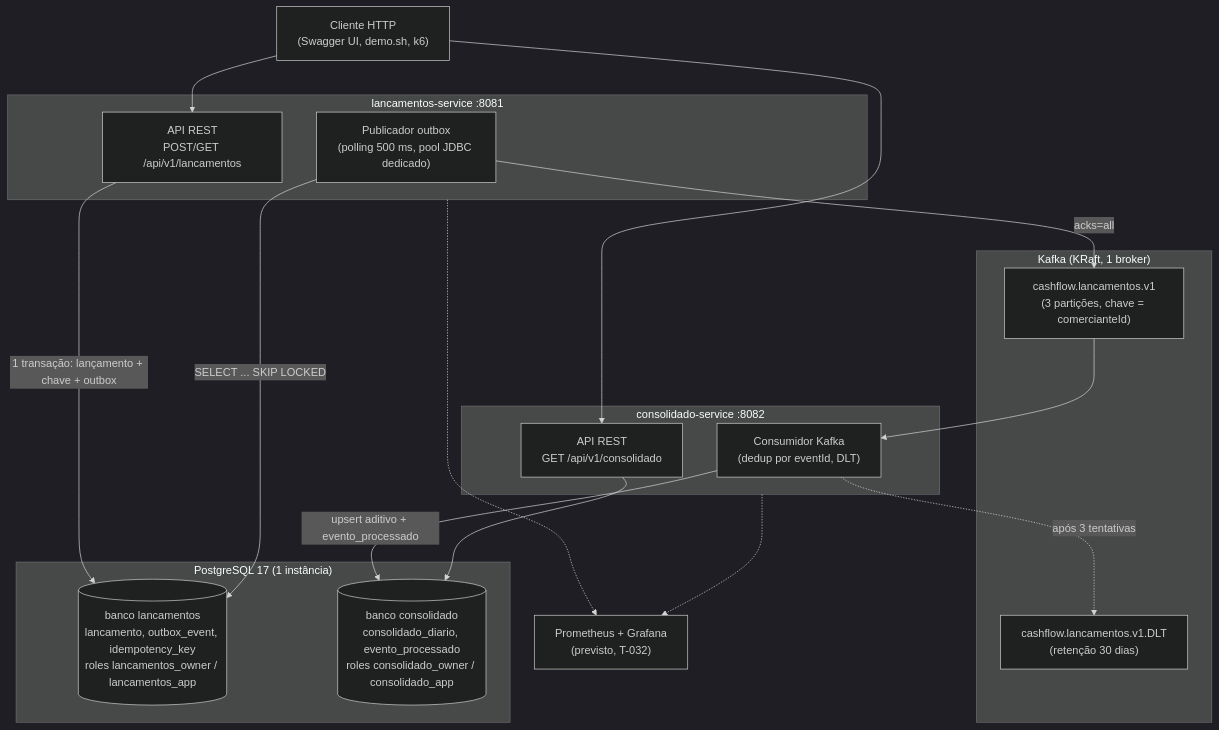
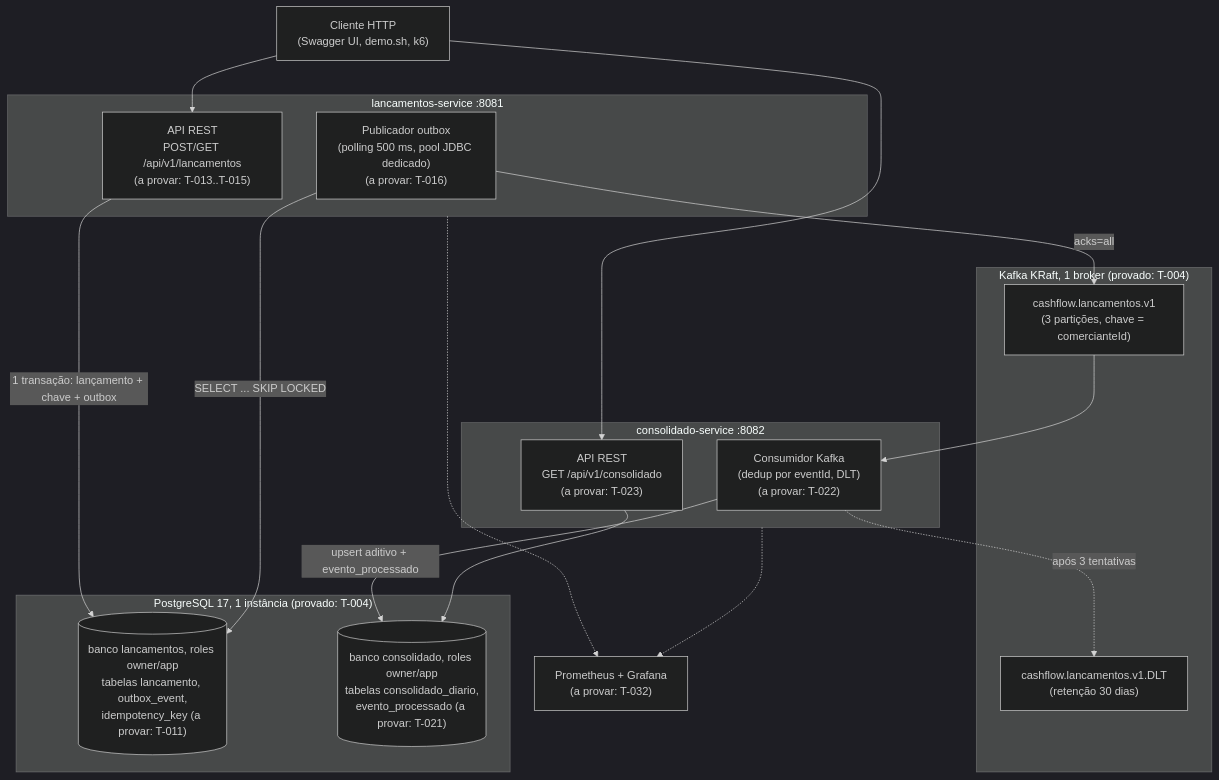
One commit to VictorLeaSilva/cashflow-platform changed the second of 4 diagrams in docs/architecture/architecture.md. Above: the diagram before and after it, drawn with Mermaid (dark theme). The commit also changed other lines of this file and 8 other files, not shown here.

````diff
--- a/docs/architecture/architecture.md
+++ b/docs/architecture/architecture.md
@@ -68,38 +74,38 @@
 ```mermaid
 flowchart TB
     cli["Cliente HTTP<br/>(Swagger UI, demo.sh, k6)"]
 
     subgraph L["lancamentos-service :8081"]
-      lapi["API REST<br/>POST/GET /api/v1/lancamentos"]
-      lpub["Publicador outbox<br/>(polling 500 ms, pool JDBC dedicado)"]
+      lapi["API REST<br/>POST/GET /api/v1/lancamentos<br/>(a provar: T-013..T-015)"]
+      lpub["Publicador outbox<br/>(polling 500 ms, pool JDBC dedicado)<br/>(a provar: T-016)"]
     end
 
     subgraph C["consolidado-service :8082"]
-      capi["API REST<br/>GET /api/v1/consolidado"]
-      ccons["Consumidor Kafka<br/>(dedup por eventId, DLT)"]
+      capi["API REST<br/>GET /api/v1/consolidado<br/>(a provar: T-023)"]
+      ccons["Consumidor Kafka<br/>(dedup por eventId, DLT)<br/>(a provar: T-022)"]
     end
 
-    subgraph PG["PostgreSQL 17 (1 instância)"]
-      dbl[("banco lancamentos<br/>lancamento, outbox_event, idempotency_key<br/>roles lancamentos_owner / lancamentos_app")]
-      dbc[("banco consolidado<br/>consolidado_diario, evento_processado<br/>roles consolidado_owner / consolidado_app")]
+    subgraph PG["PostgreSQL 17, 1 instância (provado: T-004)"]
+      dbl[("banco lancamentos, roles owner/app<br/>tabelas lancamento, outbox_event,<br/>idempotency_key (a provar: T-011)")]
+      dbc[("banco consolidado, roles owner/app<br/>tabelas consolidado_diario,<br/>evento_processado (a provar: T-021)")]
     end
 
-    subgraph K["Kafka (KRaft, 1 broker)"]
+    subgraph K["Kafka KRaft, 1 broker (provado: T-004)"]
       t["cashflow.lancamentos.v1<br/>(3 partições, chave = comercianteId)"]
       dlt["cashflow.lancamentos.v1.DLT<br/>(retenção 30 dias)"]
     end
 
-    prom["Prometheus + Grafana<br/>(previsto, T-032)"]
+    prom["Prometheus + Grafana<br/>(a provar: T-032)"]
 
     cli --> lapi
     cli --> capi
     lapi -->|"1 transação: lançamento + chave + outbox"| dbl
     lpub -->|"SELECT ... SKIP LOCKED"| dbl
     lpub -->|"acks=all"| t
     t --> ccons
     ccons -->|"upsert aditivo + evento_processado"| dbc
     ccons -.->|"após 3 tentativas"| dlt
     capi --> dbc
     L -.-> prom
     C -.-> prom
 ```
````
